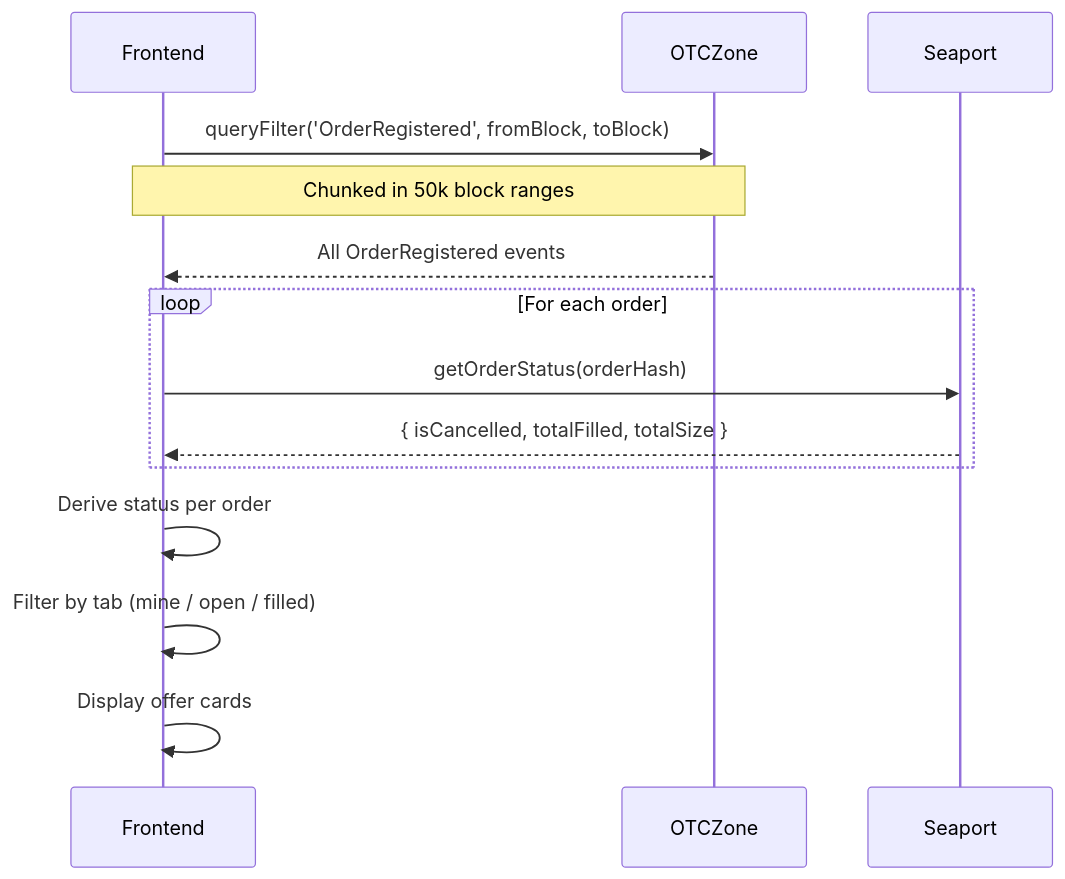
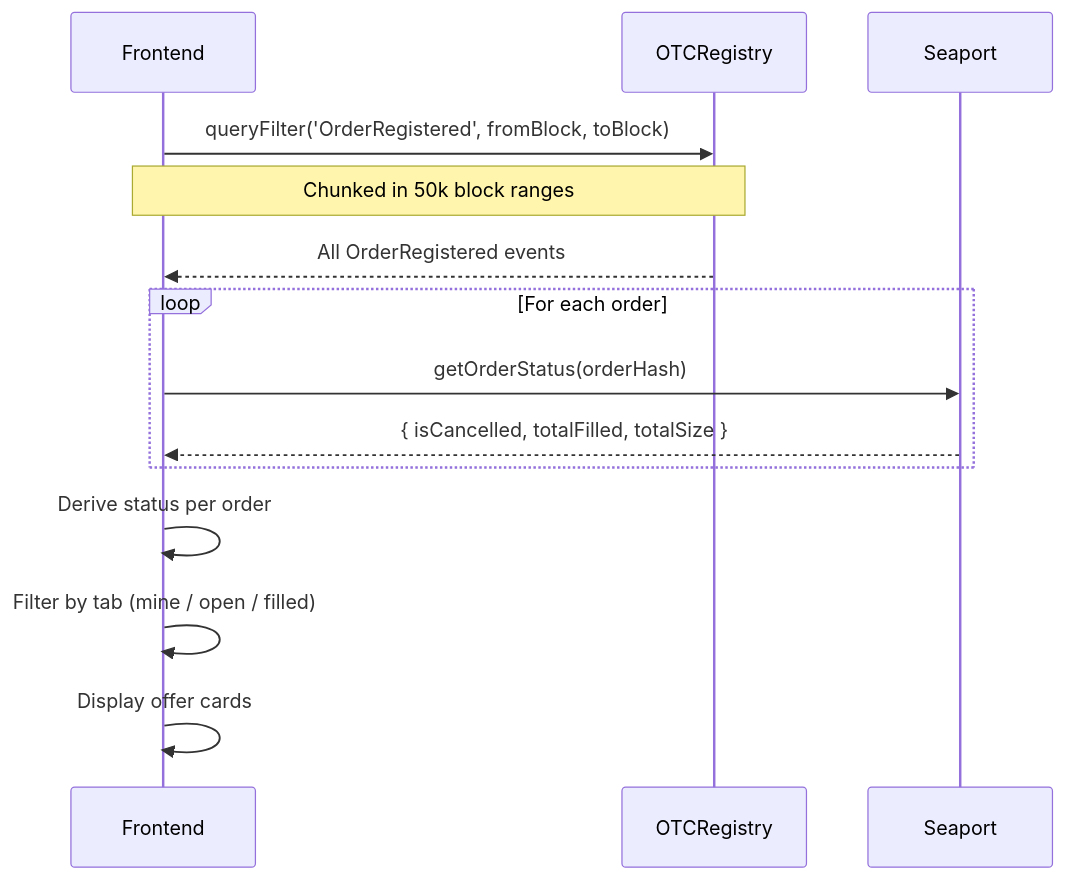
One commit to shukudaidayo/ocarina-trade changed the fifth of 5 diagrams in docs/flows.md. Above: the diagram before and after it, drawn with Mermaid. The commit also changed other lines of this file and 13 other files, not shown here.

First line of the commit message:
Migrate OTCZone → OTCRegistry with full audit-round fixes

````diff
--- a/docs/flows.md
+++ b/docs/flows.md
@@ -109,19 +121,19 @@
 ```mermaid
 sequenceDiagram
     participant F as Frontend
-    participant Z as OTCZone
+    participant Z as OTCRegistry
     participant S as Seaport
 
     F->>Z: queryFilter('OrderRegistered', fromBlock, toBlock)
     Note over F,Z: Chunked in 50k block ranges
     Z-->>F: All OrderRegistered events
 
     loop For each order
         F->>S: getOrderStatus(orderHash)
         S-->>F: { isCancelled, totalFilled, totalSize }
     end
 
     F->>F: Derive status per order
     F->>F: Filter by tab (mine / open / filled)
     F->>F: Display offer cards
 ```
````
